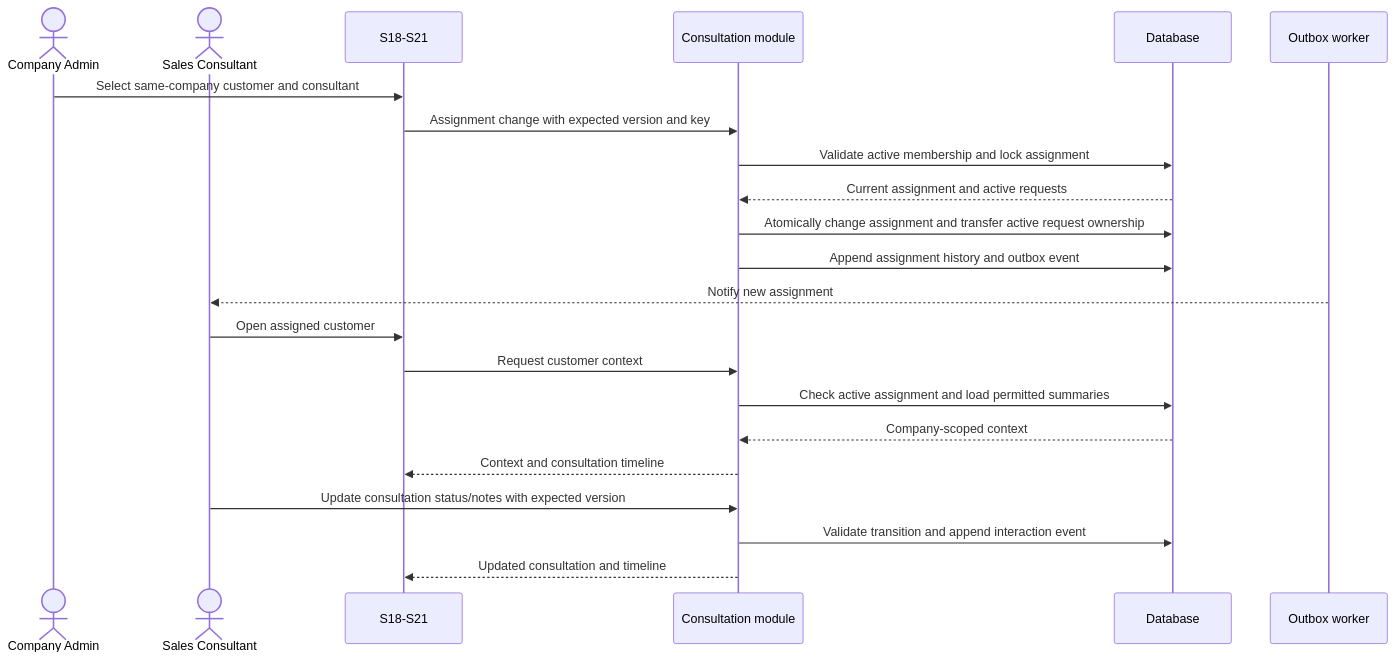
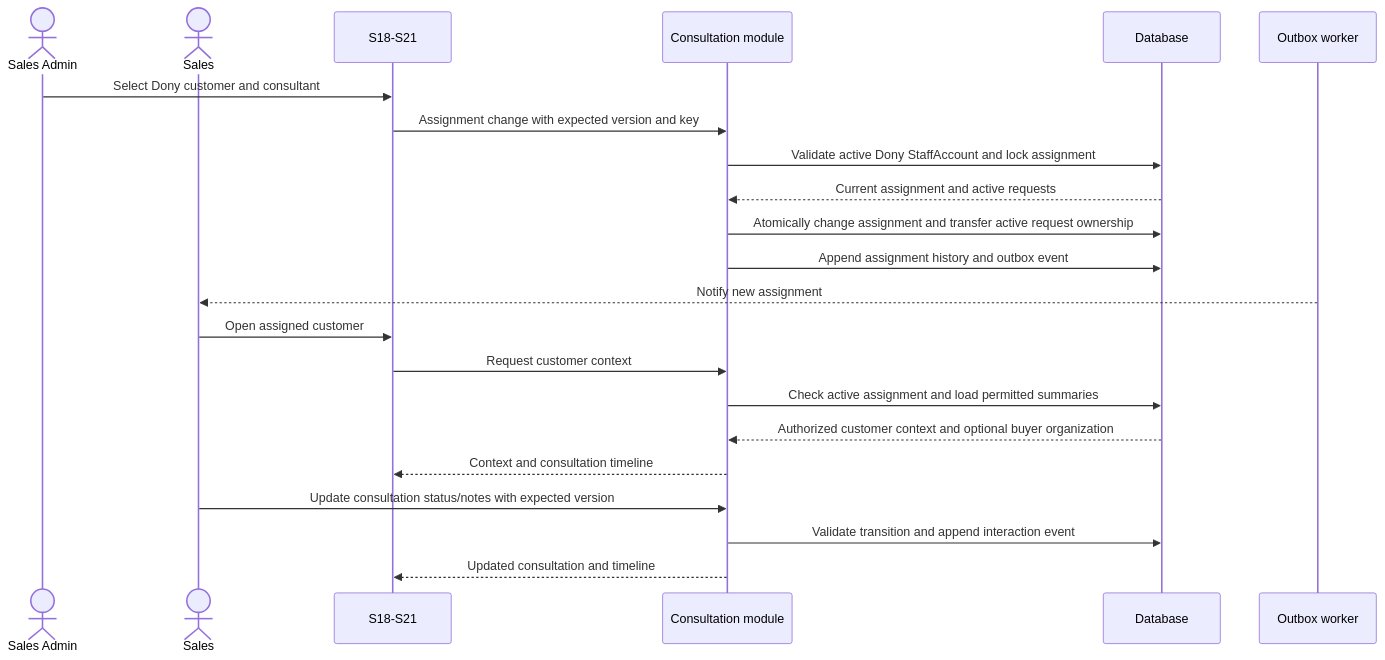
The second of 2 diagrams in specs/spec-MFG-08.md (ankhanhwork/weavelink-project), drawn with Mermaid before and after one commit. The commit also changed other lines of this file and 101 other files, not shown here.

````diff
--- a/specs/spec-MFG-08.md
+++ b/specs/spec-MFG-08.md
@@ -81,24 +81,24 @@
 ```mermaid
 sequenceDiagram
-    actor CompanyAdmin as Company Admin
-    actor Consultant as Sales Consultant
+    actor CompanyAdmin as Sales Admin
+    actor Consultant as Sales
     participant ConsultationUI as S18-S21
     participant ConsultationModule as Consultation module
     participant Database as Database
     participant OutboxWorker as Outbox worker
-    CompanyAdmin->>ConsultationUI: Select same-company customer and consultant
+    CompanyAdmin->>ConsultationUI: Select Dony customer and consultant
     ConsultationUI->>ConsultationModule: Assignment change with expected version and key
-    ConsultationModule->>Database: Validate active membership and lock assignment
+    ConsultationModule->>Database: Validate active Dony StaffAccount and lock assignment
     Database-->>ConsultationModule: Current assignment and active requests
     ConsultationModule->>Database: Atomically change assignment and transfer active request ownership
     ConsultationModule->>Database: Append assignment history and outbox event
     OutboxWorker-->>Consultant: Notify new assignment
     Consultant->>ConsultationUI: Open assigned customer
     ConsultationUI->>ConsultationModule: Request customer context
     ConsultationModule->>Database: Check active assignment and load permitted summaries
-    Database-->>ConsultationModule: Company-scoped context
+    Database-->>ConsultationModule: Authorized customer context and optional buyer organization
     ConsultationModule-->>ConsultationUI: Context and consultation timeline
     Consultant->>ConsultationModule: Update consultation status/notes with expected version
     ConsultationModule->>Database: Validate transition and append interaction event
     ConsultationModule-->>ConsultationUI: Updated consultation and timeline
 ```
````
